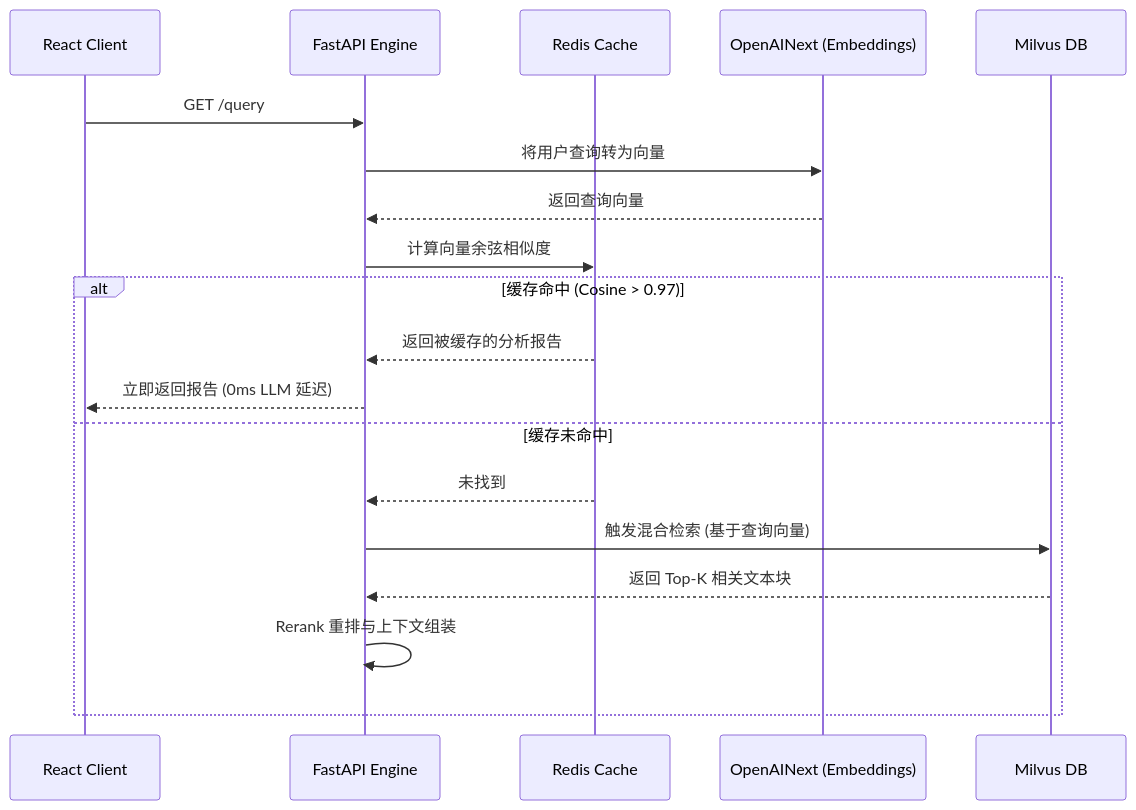
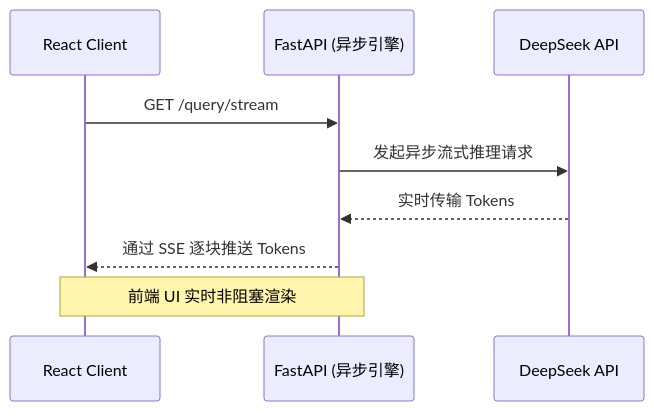
The second of 4 diagrams in README_zh.md (joe-ging/AI_Stock_Analyst_Enterprise), drawn with Mermaid before and after one commit. The commit also changed other lines of this file and 1 other file, not shown here.

````diff
--- a/README_zh.md
+++ b/README_zh.md
@@ -74,23 +70,12 @@
 ```mermaid
 sequenceDiagram
     participant UI as React Client
-    participant Engine as FastAPI Engine
-    participant Redis as Redis Cache
-    participant AI as OpenAINext (Embeddings)
-    participant Milvus as Milvus DB
+    participant Engine as FastAPI (异步引擎)
+    participant DeepSeek as DeepSeek API
     
-    UI->>Engine: GET /query
-    Engine->>AI: 将用户查询转为向量
-    AI-->>Engine: 返回查询向量
-    
-    Engine->>Redis: 计算向量余弦相似度
-    alt 缓存命中 (Cosine > 0.97)
-        Redis-->>Engine: 返回被缓存的分析报告
-        Engine-->>UI: 立即返回报告 (0ms LLM 延迟)
-    else 缓存未命中
-        Redis-->>Engine: 未找到
-        Engine->>Milvus: 触发混合检索 (基于查询向量)
-        Milvus-->>Engine: 返回 Top-K 相关文本块
-        Engine->>Engine: Rerank 重排与上下文组装
-    end
+    UI->>Engine: GET /query/stream
+    Engine->>DeepSeek: 发起异步流式推理请求
+    DeepSeek-->>Engine: 实时传输 Tokens
+    Engine-->>UI: 通过 SSE 逐块推送 Tokens
+    Note over UI, Engine: 前端 UI 实时非阻塞渲染
 ```
````
